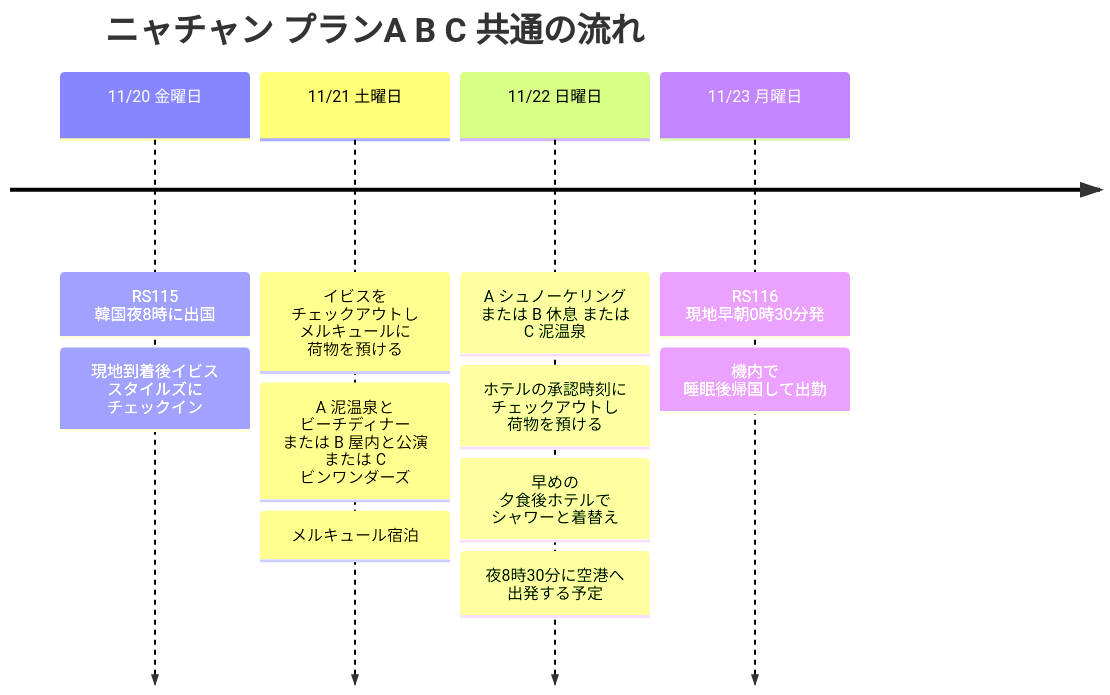
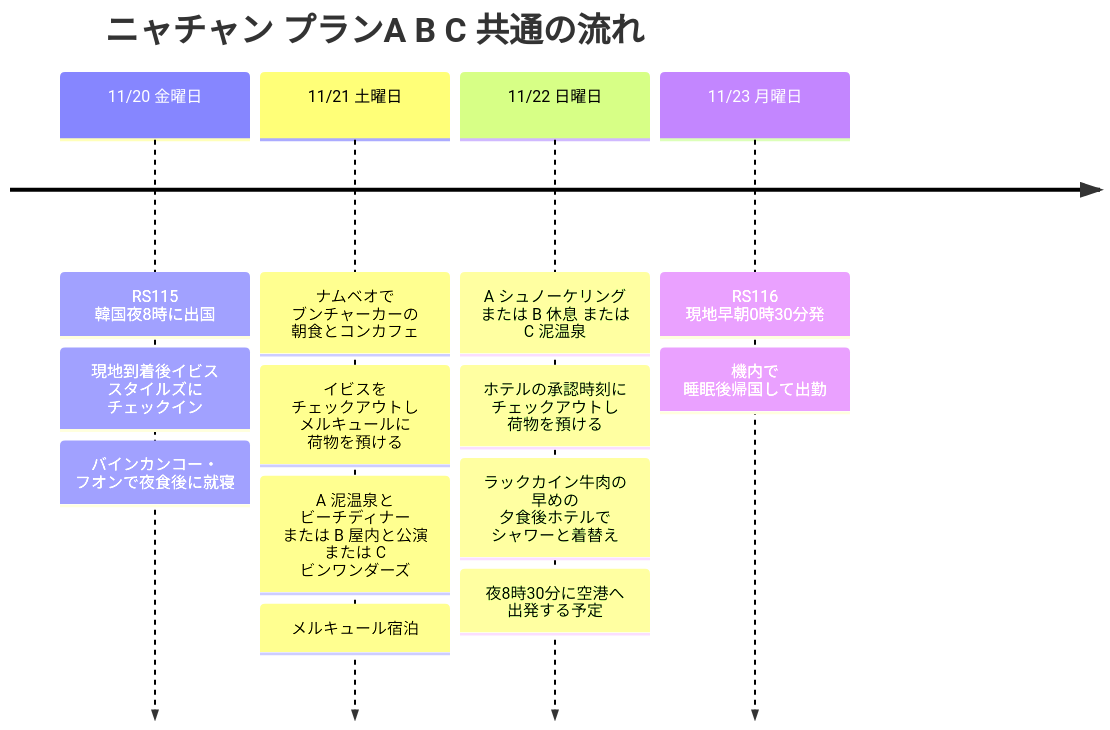
Before and after one commit to gongdongho12/commit-map: the diagram in src/content/postTranslations/2026-11-20-nha-trang-ja.md, drawn with Mermaid. The commit also changed other lines of this file and 3 other files, not shown here.

````diff
--- a/src/content/postTranslations/2026-11-20-nha-trang-ja.md
+++ b/src/content/postTranslations/2026-11-20-nha-trang-ja.md
@@ -50,15 +83,17 @@
 ```mermaid
 timeline
   title ニャチャン プランA B C 共通の流れ
   11/20 金曜日 : RS115 韓国夜8時に出国
                 : 現地到着後イビス スタイルズに<br>チェックイン
-  11/21 土曜日 : イビスを<br>チェックアウトし<br>メルキュールに<br>荷物を預ける
+                : バインカンコー・<br>フオンで夜食後に就寝
+  11/21 土曜日 : ナムベオで<br>ブンチャーカーの<br>朝食とコンカフェ
+                : イビスを<br>チェックアウトし<br>メルキュールに<br>荷物を預ける
                 : A 泥温泉と<br>ビーチディナー または B 屋内と公演 または C ビンワンダーズ
                 : メルキュール宿泊
   11/22 日曜日 : A シュノーケリング または B 休息 または C 泥温泉
                 : ホテルの承認時刻に<br>チェックアウトし<br>荷物を預ける
-                : 早めの<br>夕食後ホテルで<br>シャワーと着替え
+                : ラックカイン牛肉の<br>早めの<br>夕食後ホテルで<br>シャワーと着替え
                 : 夜8時30分に空港へ<br>出発する予定
   11/23 月曜日 : RS116 現地早朝0時30分発
                 : 機内で<br>睡眠後帰国して出勤
 ```
````
